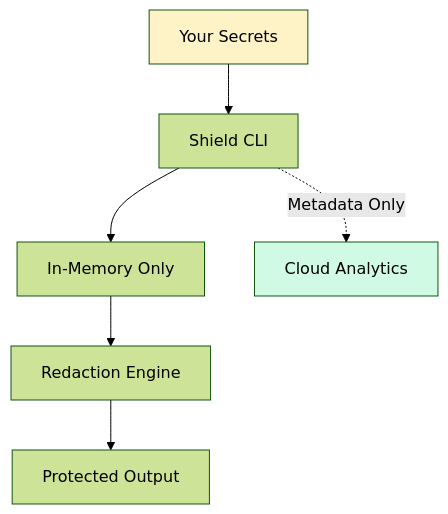
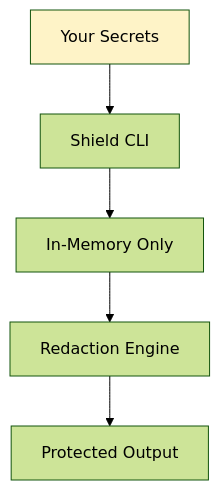
Before and after one commit to dotsetlabs/mintlify-docs: the diagram in shield/security/trust.mdx, drawn with Mermaid (forest theme). The commit also changed other lines of this file and 34 other files, not shown here.

````diff
--- a/shield/security/trust.mdx
+++ b/shield/security/trust.mdx
@@ -18,11 +18,9 @@
 ```mermaid
 graph TD
     A[Your Secrets] --> B[Shield CLI]
     B --> C[In-Memory Only]
     C --> D[Redaction Engine]
     D --> E[Protected Output]
-    B -.->|Metadata Only| F[Cloud Analytics]
     
     style A fill:#fef3c7
-    style F fill:#d1fae5
 ```
````
